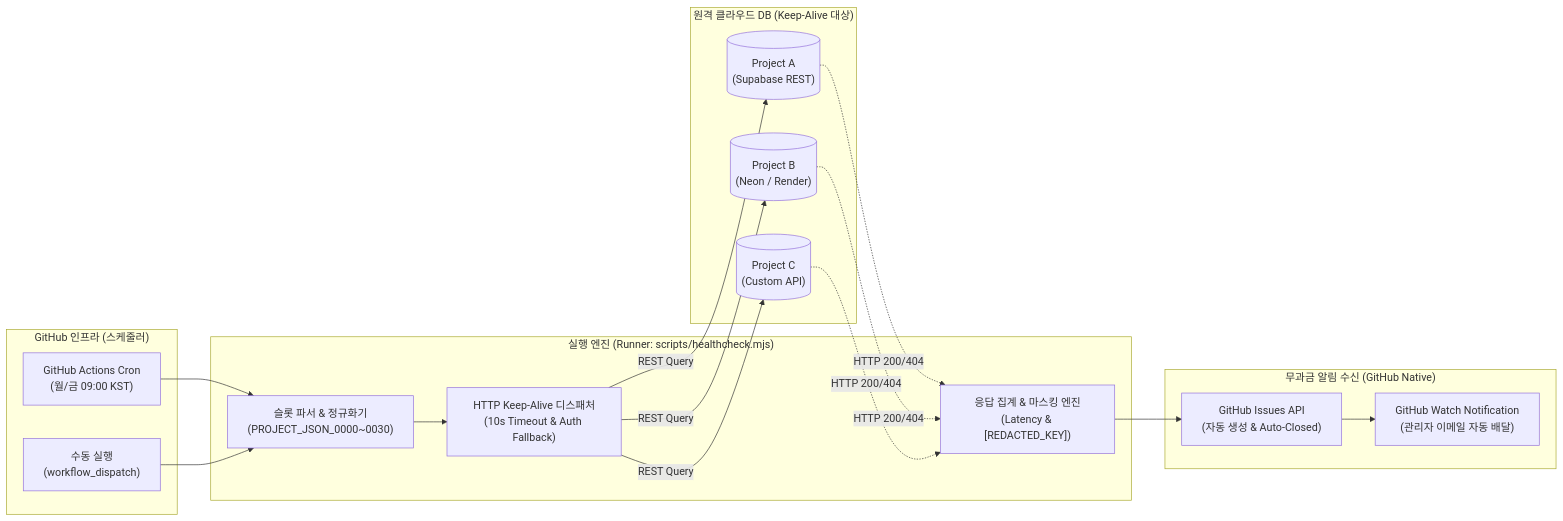
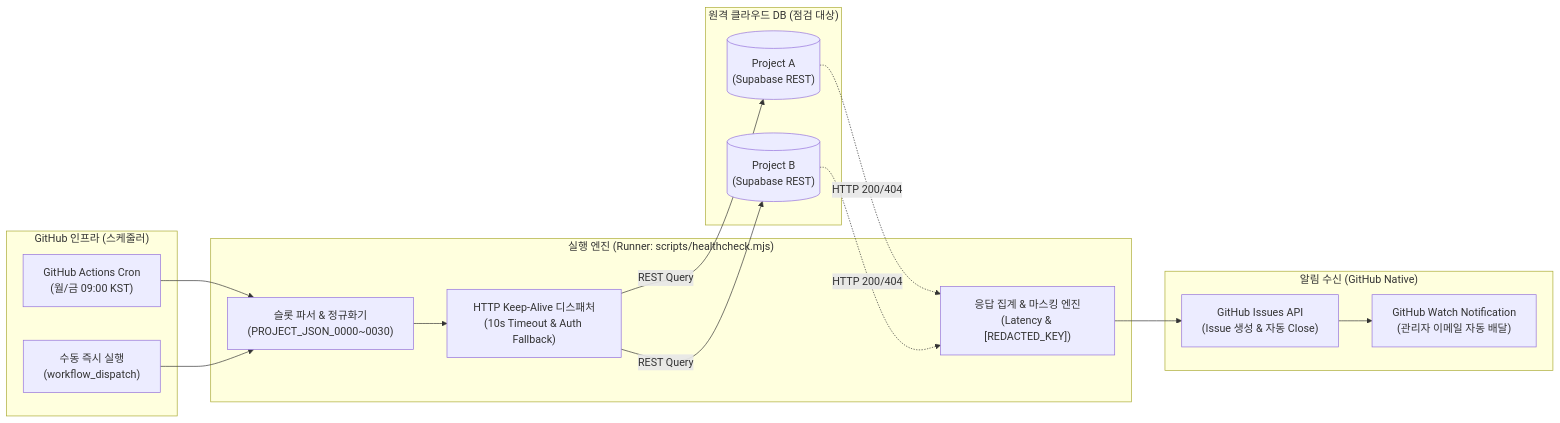
Before and after one commit to AswinBlue/HugoBlog: the first of 2 diagrams in content/post/Projects/central_keepalive.md, drawn with Mermaid. The commit also changed other lines of this file, not shown here.

````diff
--- a/content/post/Projects/central_keepalive.md
+++ b/content/post/Projects/central_keepalive.md
@@ -163,36 +65,33 @@
 ```mermaid
 flowchart LR
     subgraph SchedulerLayer["GitHub 인프라 (스케줄러)"]
         Cron["GitHub Actions Cron\n(월/금 09:00 KST)"]
-        Dispatch["수동 실행\n(workflow_dispatch)"]
+        Dispatch["수동 즉시 실행\n(workflow_dispatch)"]
     end
 
     subgraph RunnerLayer["실행 엔진 (Runner: scripts/healthcheck.mjs)"]
         SecretParser["슬롯 파서 & 정규화기\n(PROJECT_JSON_0000~0030)"]
         Dispatcher["HTTP Keep-Alive 디스패처\n(10s Timeout & Auth Fallback)"]
         Aggregator["응답 집계 & 마스킹 엔진\n(Latency & [REDACTED_KEY])"]
     end
 
-    subgraph TargetLayer["원격 클라우드 DB (Keep-Alive 대상)"]
-        SupabaseA[("Project A\n(Supabase REST)")]
-        SupabaseB[("Project B\n(Neon / Render)")]
-        SupabaseC[("Project C\n(Custom API)")]
+    subgraph TargetLayer["원격 클라우드 DB (점검 대상)"]
+        TargetA[("Project A\n(Supabase REST)")]
+        TargetB[("Project B\n(Supabase REST)")]
     end
 
-    subgraph ReportLayer["무과금 알림 수신 (GitHub Native)"]
-        Issues["GitHub Issues API\n(자동 생성 & Auto-Closed)"]
+    subgraph ReportLayer["알림 수신 (GitHub Native)"]
+        Issues["GitHub Issues API\n(Issue 생성 & 자동 Close)"]
         WatchMail["GitHub Watch Notification\n(관리자 이메일 자동 배달)"]
     end
 
     Cron --> SecretParser
     Dispatch --> SecretParser
     SecretParser --> Dispatcher
-    Dispatcher -->|REST Query| SupabaseA
-    Dispatcher -->|REST Query| SupabaseB
-    Dispatcher -->|REST Query| SupabaseC
-    SupabaseA -.->|HTTP 200/404| Aggregator
-    SupabaseB -.->|HTTP 200/404| Aggregator
-    SupabaseC -.->|HTTP 200/404| Aggregator
+    Dispatcher -->|REST Query| TargetA
+    Dispatcher -->|REST Query| TargetB
+    TargetA -.->|HTTP 200/404| Aggregator
+    TargetB -.->|HTTP 200/404| Aggregator
     Aggregator --> Issues
     Issues --> WatchMail
 ```
````
